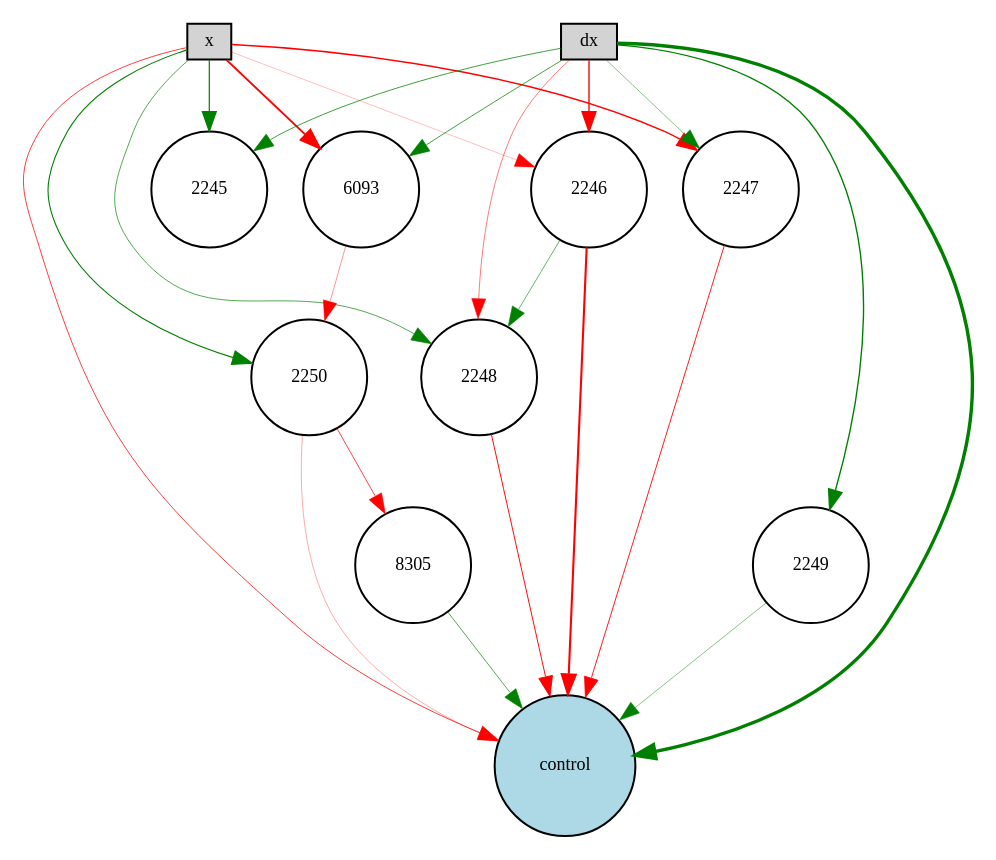
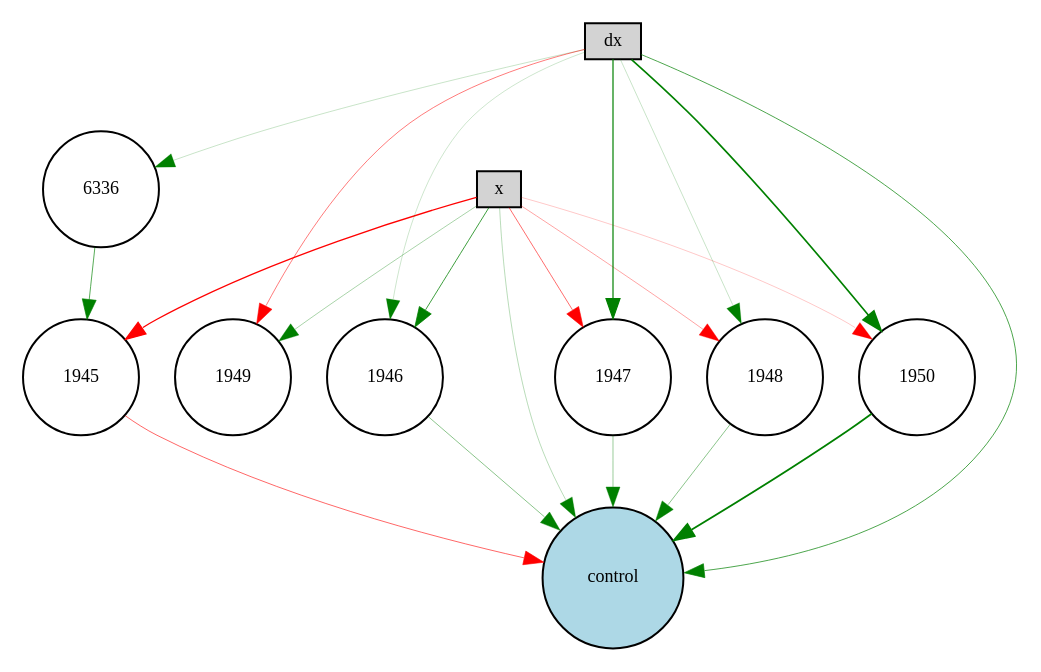
One commit to ssahare-hub/NEAT-BioInspiredProject changed the diagram in MountainCar_winner-feedforward-enabled.gv. Above: the diagram before and after it, drawn with Graphviz. The commit also changed 465 other files, not shown here.

```diff
--- a/MountainCar_winner-feedforward-enabled.gv
+++ b/MountainCar_winner-feedforward-enabled.gv
@@ -1,37 +1,33 @@
 digraph {
 	node [fontsize=9 height=0.2 shape=circle width=0.2]
 	x [fillcolor=lightgray shape=box style=filled]
 	dx [fillcolor=lightgray shape=box style=filled]
 	control [fillcolor=lightblue style=filled]
-	2245 [fillcolor=white style=filled]
-	2246 [fillcolor=white style=filled]
-	2247 [fillcolor=white style=filled]
-	2248 [fillcolor=white style=filled]
-	2249 [fillcolor=white style=filled]
-	2250 [fillcolor=white style=filled]
-	6093 [fillcolor=white style=filled]
-	8305 [fillcolor=white style=filled]
-	2250 -> control [color=red penwidth=0.17146957344861913 style=solid]
-	x -> 2250 [color=green penwidth=0.5502889672566822 style=solid]
-	2246 -> control [color=red penwidth=1.0516504204715715 style=solid]
-	x -> 2245 [color=green penwidth=0.6038759680616193 style=solid]
-	2247 -> control [color=red penwidth=0.4530417115855456 style=solid]
-	x -> 2246 [color=red penwidth=0.13200654222430924 style=solid]
-	dx -> 2248 [color=red penwidth=0.26020615223883836 style=solid]
-	x -> 2248 [color=green penwidth=0.34201391334713616 style=solid]
-	dx -> 2249 [color=green penwidth=0.6882104770230222 style=solid]
-	2249 -> control [color=green penwidth=0.23593042237163472 style=solid]
-	dx -> 2245 [color=green penwidth=0.37889972169897335 style=solid]
-	dx -> 2246 [color=red penwidth=0.6928219474380086 style=solid]
-	dx -> control [color=green penwidth=1.7130908468334358 style=solid]
-	x -> 2247 [color=red penwidth=0.6987280343894396 style=solid]
-	2248 -> control [color=red penwidth=0.47942510714022835 style=solid]
-	dx -> 2247 [color=green penwidth=0.2448527908672052 style=solid]
-	x -> control [color=red penwidth=0.3789927914442357 style=solid]
-	dx -> 6093 [color=green penwidth=0.3665491328449758 style=solid]
-	6093 -> 2250 [color=red penwidth=0.21492857712376415 style=solid]
-	x -> 6093 [color=red penwidth=0.997038369455983 style=solid]
-	2246 -> 2248 [color=green penwidth=0.303226324834326 style=solid]
-	2250 -> 8305 [color=red penwidth=0.37450308430223533 style=solid]
-	8305 -> control [color=green penwidth=0.34289035017101466 style=solid]
+	6336 [fillcolor=white style=filled]
+	1945 [fillcolor=white style=filled]
+	1946 [fillcolor=white style=filled]
+	1947 [fillcolor=white style=filled]
+	1948 [fillcolor=white style=filled]
+	1949 [fillcolor=white style=filled]
+	1950 [fillcolor=white style=filled]
+	1947 -> control [color=green penwidth=0.19678707180814425 style=solid]
+	1946 -> control [color=green penwidth=0.22985963677121948 style=solid]
+	x -> 1946 [color=green penwidth=0.3849861220003533 style=solid]
+	x -> 1948 [color=red penwidth=0.17875353382590548 style=solid]
+	1950 -> control [color=green penwidth=0.9104222419319551 style=solid]
+	dx -> 1950 [color=green penwidth=0.8277828173672704 style=solid]
+	dx -> 1946 [color=green penwidth=0.10056000447131033 style=solid]
+	1945 -> control [color=red penwidth=0.2962476451298003 style=solid]
+	dx -> 1949 [color=red penwidth=0.2581938888700006 style=solid]
+	x -> 1950 [color=red penwidth=0.10654577995575812 style=solid]
+	x -> control [color=green penwidth=0.1445132268437006 style=solid]
+	x -> 1949 [color=green penwidth=0.1677104327695344 style=solid]
+	dx -> 1948 [color=green penwidth=0.11106588008502477 style=solid]
+	dx -> 1947 [color=green penwidth=0.6014731229799293 style=solid]
+	1948 -> control [color=green penwidth=0.22805406140044535 style=solid]
+	x -> 1947 [color=red penwidth=0.285672461272528 style=solid]
+	x -> 1945 [color=red penwidth=0.6463298713194275 style=solid]
+	dx -> control [color=green penwidth=0.3456342840826132 style=solid]
+	dx -> 6336 [color=green penwidth=0.11486729291729925 style=solid]
+	6336 -> 1945 [color=green penwidth=0.3313201381092835 style=solid]
 }
```
